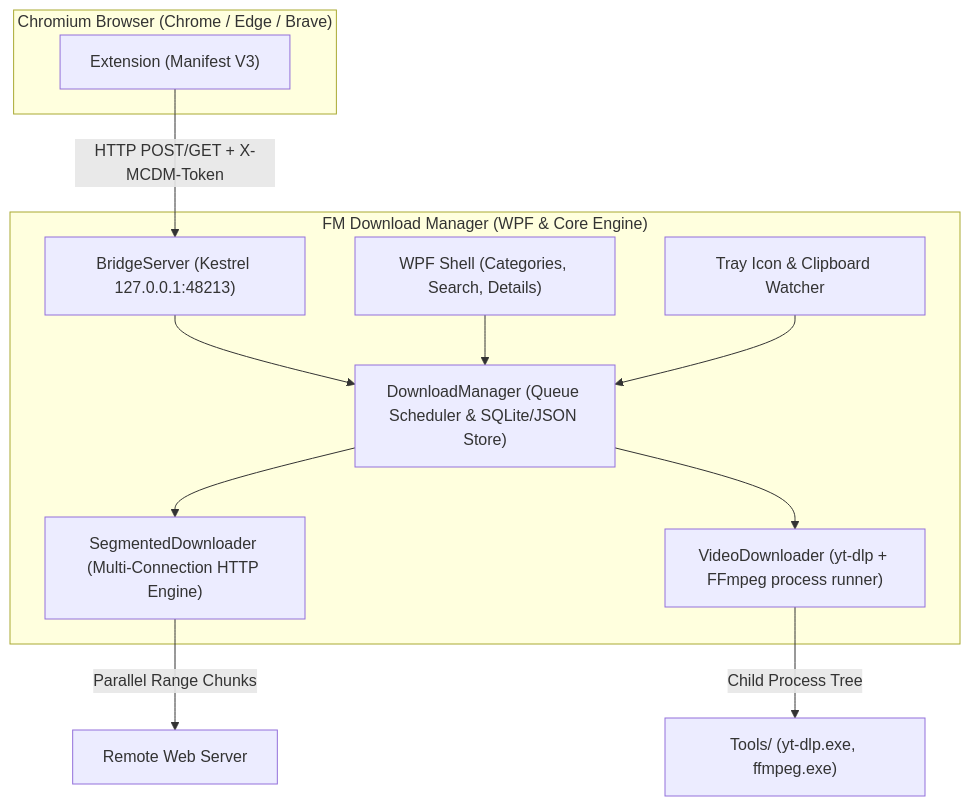
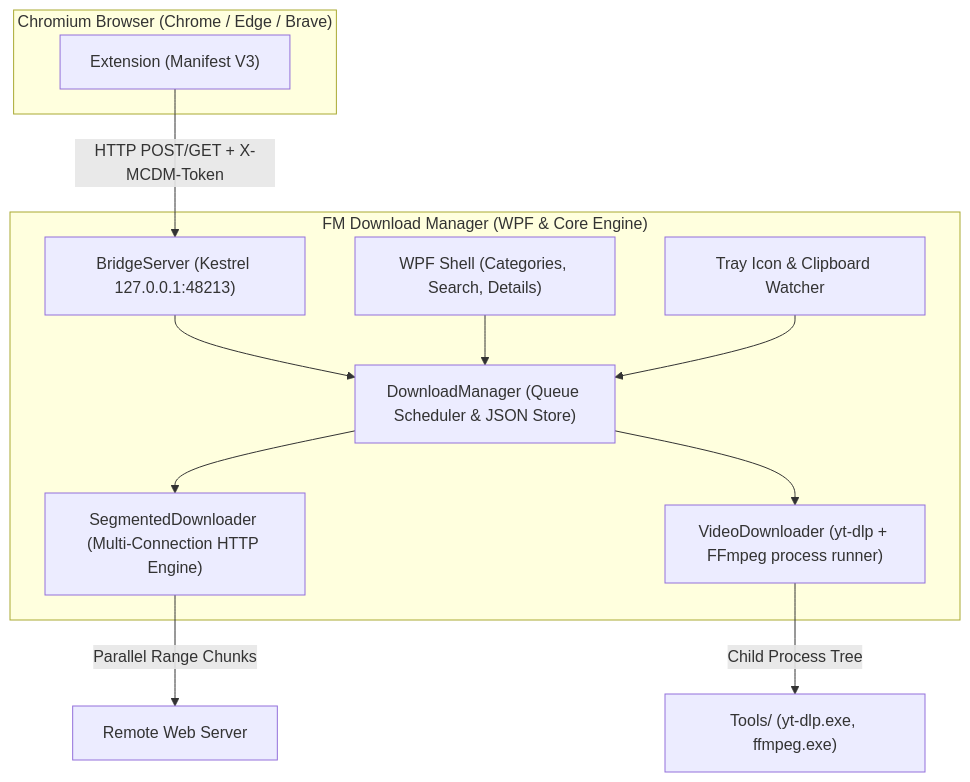
The diagram in README.md (Ferdi-krbk/fm-download-manager), drawn with Mermaid before and after one commit. The commit also changed other lines of this file and 24 other files, not shown here.

````diff
--- a/README.md
+++ b/README.md
@@ -75,24 +75,24 @@
 ```mermaid
 flowchart TD
     subgraph Browser["Chromium Browser (Chrome / Edge / Brave)"]
         EXT["Extension (Manifest V3)"]
     end
 
     subgraph App["FM Download Manager (WPF & Core Engine)"]
         UI["WPF Shell (Categories, Search, Details)"]
         TRAY["Tray Icon & Clipboard Watcher"]
         SERVER["BridgeServer (Kestrel 127.0.0.1:48213)"]
-        MGR["DownloadManager (Queue Scheduler & SQLite/JSON Store)"]
+        MGR["DownloadManager (Queue Scheduler & JSON Store)"]
         ENGINE["SegmentedDownloader (Multi-Connection HTTP Engine)"]
         VIDEO["VideoDownloader (yt-dlp + FFmpeg process runner)"]
     end
 
     EXT -- "HTTP POST/GET + X-MCDM-Token" --> SERVER
     SERVER --> MGR
     UI --> MGR
     TRAY --> MGR
     MGR --> ENGINE
     MGR --> VIDEO
     ENGINE -- "Parallel Range Chunks" --> Target["Remote Web Server"]
     VIDEO -- "Child Process Tree" --> Tools["Tools/ (yt-dlp.exe, ffmpeg.exe)"]
 ```
````
